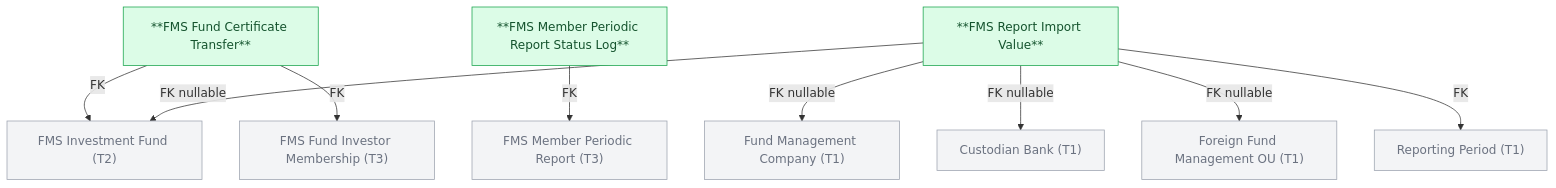
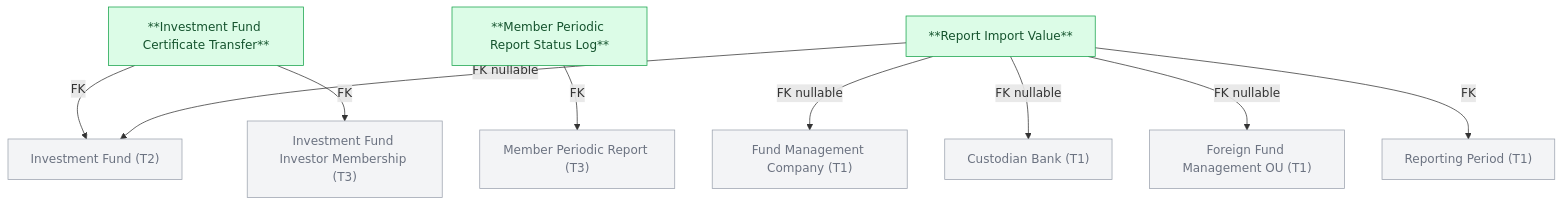
The seventh of 7 diagrams in Silver/hld/FMS_HLD_Tier4.md (linhlvit/ubck_atomic_design), drawn with Mermaid before and after one commit. The commit also changed other lines of this file and 32 other files, not shown here.

````diff
--- a/Silver/hld/FMS_HLD_Tier4.md
+++ b/Silver/hld/FMS_HLD_Tier4.md
@@ -196,26 +196,26 @@
 ```mermaid
 graph TD
     classDef silver fill:#dcfce7,stroke:#16a34a,color:#14532d
     classDef refnode fill:#f3f4f6,stroke:#9ca3af,color:#6b7280
 
     FMC["Fund Management Company (T1)"]:::refnode
     FGOU["Foreign Fund Management OU (T1)"]:::refnode
     BNK["Custodian Bank (T1)"]:::refnode
     RPD["Reporting Period (T1)"]:::refnode
-    FUND["FMS Investment Fund (T2)"]:::refnode
-    MBF["FMS Fund Investor Membership (T3)"]:::refnode
-    RPT["FMS Member Periodic Report (T3)"]:::refnode
+    FUND["Investment Fund (T2)"]:::refnode
+    MBF["Investment Fund Investor Membership (T3)"]:::refnode
+    RPT["Member Periodic Report (T3)"]:::refnode
 
-    TRCF["**FMS Fund Certificate Transfer**"]:::silver
-    RLOG["**FMS Member Periodic Report Status Log**"]:::silver
-    RIV["**FMS Report Import Value**"]:::silver
+    TRCF["**Investment Fund Certificate Transfer**"]:::silver
+    RLOG["**Member Periodic Report Status Log**"]:::silver
+    RIV["**Report Import Value**"]:::silver
 
     TRCF -->|FK| FUND
     TRCF -->|FK| MBF
     RLOG -->|FK| RPT
     RIV -->|FK nullable| FMC
     RIV -->|FK nullable| FUND
     RIV -->|FK nullable| BNK
     RIV -->|FK nullable| FGOU
     RIV -->|FK| RPD
 ```
````
